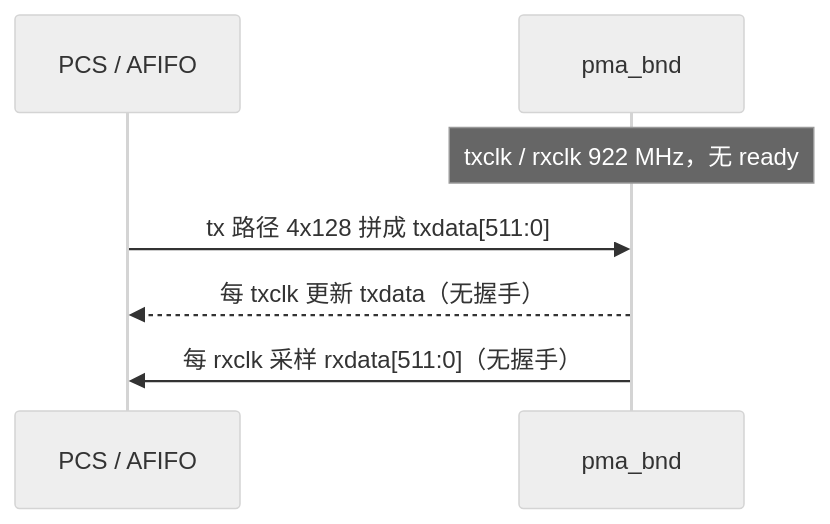
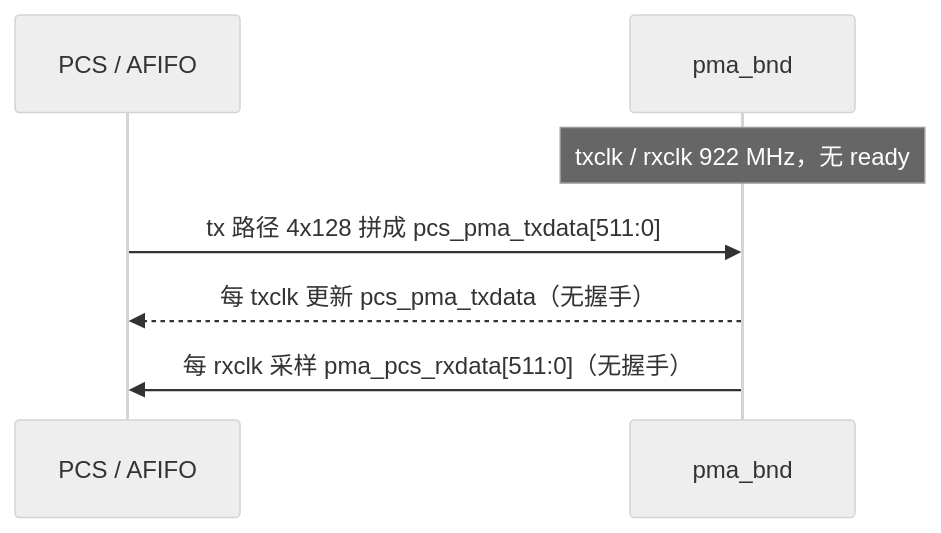
One commit to lukebest/Vibe-UB-Switch changed the fourth of 4 diagrams in docs/SPEC.md. Above: the diagram before and after it, drawn with Mermaid (neutral theme). The commit also changed other lines of this file and 2 other files, not shown here.

````diff
--- a/docs/SPEC.md
+++ b/docs/SPEC.md
@@ -185,9 +235,9 @@
 ```mermaid
 sequenceDiagram
   participant FAB as PCS / AFIFO
   participant PMA as pma_bnd
   Note over PMA: txclk / rxclk 922 MHz，无 ready
-  FAB->>PMA: tx 路径 4x128 拼成 txdata[511:0]
-  PMA-->>FAB: 每 txclk 更新 txdata（无握手）
-  PMA->>FAB: 每 rxclk 采样 rxdata[511:0]（无握手）
+  FAB->>PMA: tx 路径 4x128 拼成 pcs_pma_txdata[511:0]
+  PMA-->>FAB: 每 txclk 更新 pcs_pma_txdata（无握手）
+  PMA->>FAB: 每 rxclk 采样 pma_pcs_rxdata[511:0]（无握手）
 ```
````
